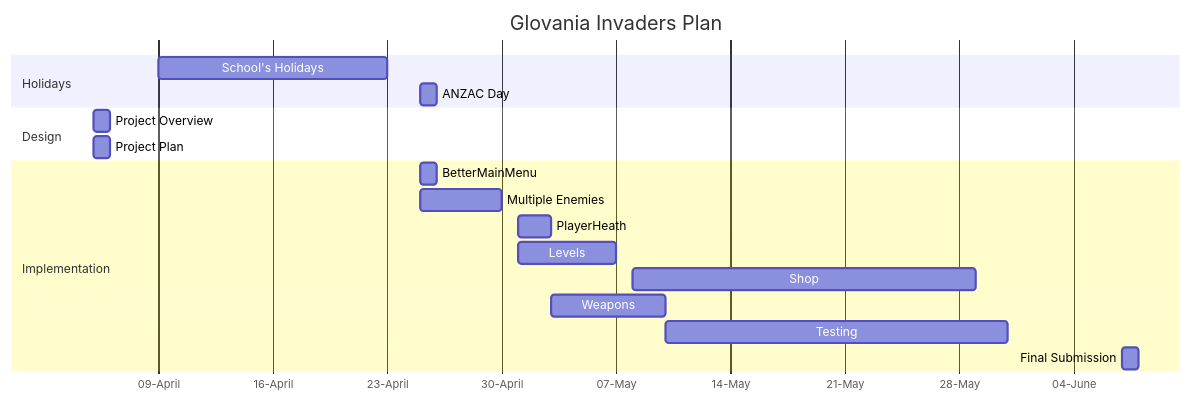
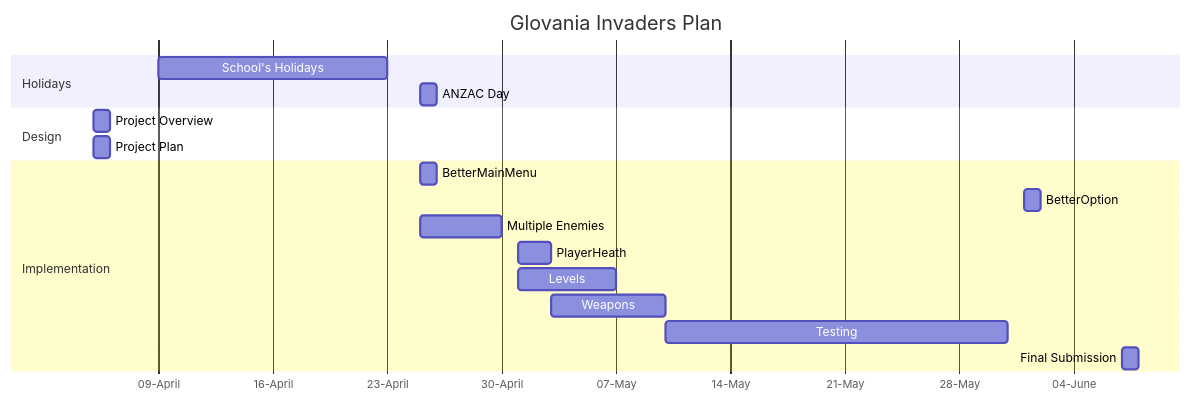
One commit to Glovania/Space-Invading changed the diagram in Design.md. Above: the diagram before and after it, drawn with Mermaid. The commit also changed 2 other files, not shown here.

Commit message:
Update Design.md file
Implement more functionality.

````diff
--- a/Design.md
+++ b/Design.md
@@ -31,27 +31,27 @@
 ```mermaid
 gantt
     title Glovania Invaders Plan
     dateFormat DD-MM-YYYY
     axisFormat %d-%B
     tickInterval 1week
 
     section Holidays
     School's Holidays: 09-04-2023, 23-04-2023
     ANZAC Day: 25-04-2023, 1d
 
     section Design
     Project Overview: 05-04-2023, 1d
     Project Plan: 05-04-2023, 1d
 
     section Implementation
     BetterMainMenu: 25-04-2023, 1d
+    BetterOption: 01-06-2023, 1d
     Multiple Enemies: 25-04-2023, 30-04-2023
     PlayerHeath: 01-05-2023, 03-05-2023
     Levels: 01-05-2023, 07-05-2023
-    Shop: 08-05-2023, 29-05-2023
     Weapons: 03-05-2023, 10-05-2023
 
 
     Testing: 31-05-2023
     Final Submission: 07-06-2023, 1d
 ```
````
